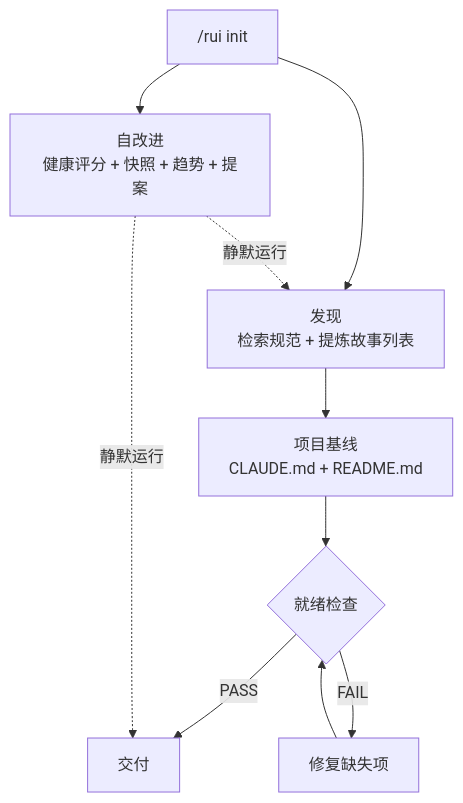
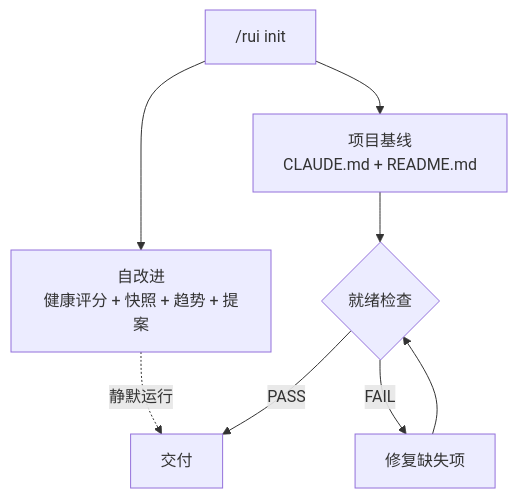
The second of 4 diagrams in skills/rui/SKILL.md (effiy/YrY), drawn with Mermaid before and after one commit. The commit also changed other lines of this file and 17 other files, not shown here.

````diff
--- a/skills/rui/SKILL.md
+++ b/skills/rui/SKILL.md
@@ -59,12 +59,10 @@
 ```mermaid
 flowchart TD
     INIT["/rui init"] --> SELF["自改进<br/>健康评分 + 快照 + 趋势 + 提案"]
-    INIT --> DISCOVER["发现<br/>检索规范 + 提炼故事列表"]
-    DISCOVER --> BASELINE["项目基线<br/>CLAUDE.md + README.md"]
+    INIT --> BASELINE["项目基线<br/>CLAUDE.md + README.md"]
     BASELINE --> CHECK{"就绪检查"}
     CHECK -->|PASS| DELIVER["交付"]
     CHECK -->|FAIL| FIX["修复缺失项"]
     FIX --> CHECK
-    SELF -.->|静默运行| DISCOVER
     SELF -.->|静默运行| DELIVER
 ```
````
